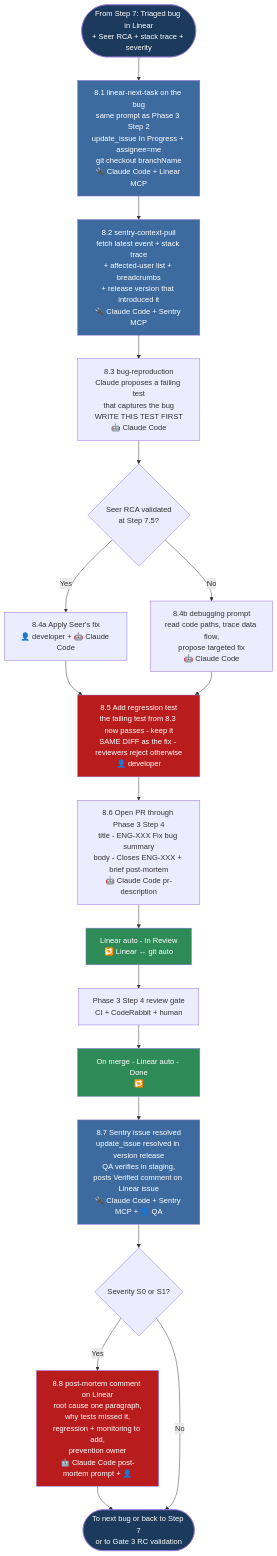
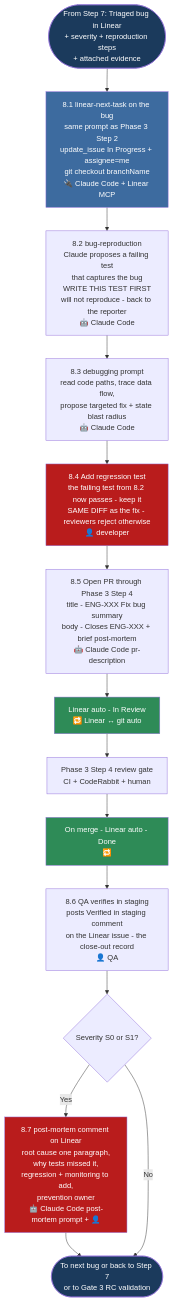
The ninth of 10 diagrams in aidlc-phases/04-testing-and-qa/FLOWCHART.md (kalpat-allion/ai-dlc), drawn with Mermaid before and after one commit. The commit also changed other lines of this file and 39 other files, not shown here.

````diff
--- a/aidlc-phases/04-testing-and-qa/FLOWCHART.md
+++ b/aidlc-phases/04-testing-and-qa/FLOWCHART.md
@@ -321,39 +317,32 @@
 ```mermaid
 flowchart TD
-    BF_IN([From Step 7: Triaged bug in Linear<br/>+ Seer RCA + stack trace + severity]) --> BF1
+    BF_IN([From Step 7: Triaged bug in Linear<br/>+ severity + reproduction steps<br/>+ attached evidence]) --> BF1
 
     BF1[8.1 linear-next-task on the bug<br/>same prompt as Phase 3 Step 2<br/>update_issue In Progress + assignee=me<br/>git checkout branchName<br/>🔌 Claude Code + Linear MCP] --> BF2
-    BF2[8.2 sentry-context-pull<br/>fetch latest event + stack trace<br/>+ affected-user list + breadcrumbs<br/>+ release version that introduced it<br/>🔌 Claude Code + Sentry MCP] --> BF3
 
-    BF3[8.3 bug-reproduction<br/>Claude proposes a failing test<br/>that captures the bug<br/>WRITE THIS TEST FIRST<br/>🤖 Claude Code] --> BF4
+    BF2[8.2 bug-reproduction<br/>Claude proposes a failing test<br/>that captures the bug<br/>WRITE THIS TEST FIRST<br/>will not reproduce - back to the reporter<br/>🤖 Claude Code] --> BF3
 
-    BF4{Seer RCA validated<br/>at Step 7.5?}
-    BF4 -- Yes --> BF4A[8.4a Apply Seer's fix<br/>👤 developer + 🤖 Claude Code]
-    BF4 -- No --> BF4B[8.4b debugging prompt<br/>read code paths, trace data flow,<br/>propose targeted fix<br/>🤖 Claude Code]
-    BF4A --> BF5
-    BF4B --> BF5
+    BF3[8.3 debugging prompt<br/>read code paths, trace data flow,<br/>propose targeted fix + state blast radius<br/>🤖 Claude Code] --> BF4
 
-    BF5[8.5 Add regression test<br/>the failing test from 8.3 now passes - keep it<br/>SAME DIFF as the fix - reviewers reject otherwise<br/>👤 developer] --> BF6
-    BF6[8.6 Open PR through Phase 3 Step 4<br/>title - ENG-XXX Fix bug summary<br/>body - Closes ENG-XXX + brief post-mortem<br/>🤖 Claude Code pr-description] --> BF_AUTO1
+    BF4[8.4 Add regression test<br/>the failing test from 8.2 now passes - keep it<br/>SAME DIFF as the fix - reviewers reject otherwise<br/>👤 developer] --> BF5
+    BF5[8.5 Open PR through Phase 3 Step 4<br/>title - ENG-XXX Fix bug summary<br/>body - Closes ENG-XXX + brief post-mortem<br/>🤖 Claude Code pr-description] --> BF_AUTO1
 
     BF_AUTO1[Linear auto - In Review<br/>🔁 Linear ↔ git auto] --> BF_REVIEW[Phase 3 Step 4 review gate<br/>CI + CodeRabbit + human]
     BF_REVIEW --> BF_AUTO2[On merge - Linear auto - Done<br/>🔁]
-    BF_AUTO2 --> BF7
+    BF_AUTO2 --> BF6
 
-    BF7[8.7 Sentry issue resolved<br/>update_issue resolved in version release<br/>QA verifies in staging,<br/>posts Verified comment on Linear issue<br/>🔌 Claude Code + Sentry MCP + 👤 QA] --> BF8
+    BF6[8.6 QA verifies in staging<br/>posts Verified in staging comment<br/>on the Linear issue - the close-out record<br/>👤 QA] --> BF7
 
-    BF8{Severity S0 or S1?}
-    BF8 -- Yes --> BF8A[8.8 post-mortem comment on Linear<br/>root cause one paragraph,<br/>why tests missed it,<br/>regression + monitoring to add,<br/>prevention owner<br/>🤖 Claude Code post-mortem prompt + 👤]
-    BF8A --> BF_OUT
-    BF8 -- No --> BF_OUT([To next bug or back to Step 7<br/>or to Gate 3 RC validation])
+    BF7{Severity S0 or S1?}
+    BF7 -- Yes --> BF7A[8.7 post-mortem comment on Linear<br/>root cause one paragraph,<br/>why tests missed it,<br/>regression + monitoring to add,<br/>prevention owner<br/>🤖 Claude Code post-mortem prompt + 👤]
+    BF7A --> BF_OUT
+    BF7 -- No --> BF_OUT([To next bug or back to Step 7<br/>or to Gate 3 RC validation])
 
     style BF_IN fill:#1B3A5C,color:#fff
     style BF_OUT fill:#1B3A5C,color:#fff
     style BF1 fill:#3D6B9F,color:#fff
-    style BF2 fill:#3D6B9F,color:#fff
-    style BF7 fill:#3D6B9F,color:#fff
     style BF_AUTO1 fill:#2E8B57,color:#fff
     style BF_AUTO2 fill:#2E8B57,color:#fff
-    style BF5 fill:#B91C1C,color:#fff
-    style BF8A fill:#B91C1C,color:#fff
+    style BF4 fill:#B91C1C,color:#fff
+    style BF7A fill:#B91C1C,color:#fff
 ```
````
